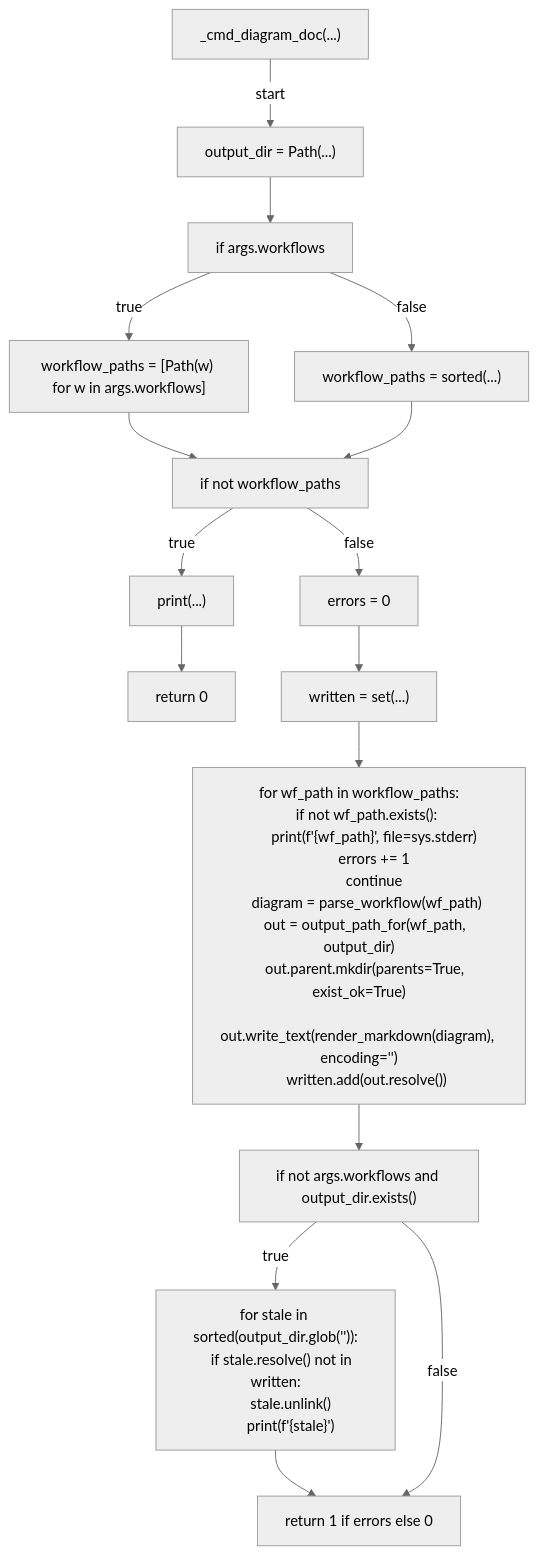
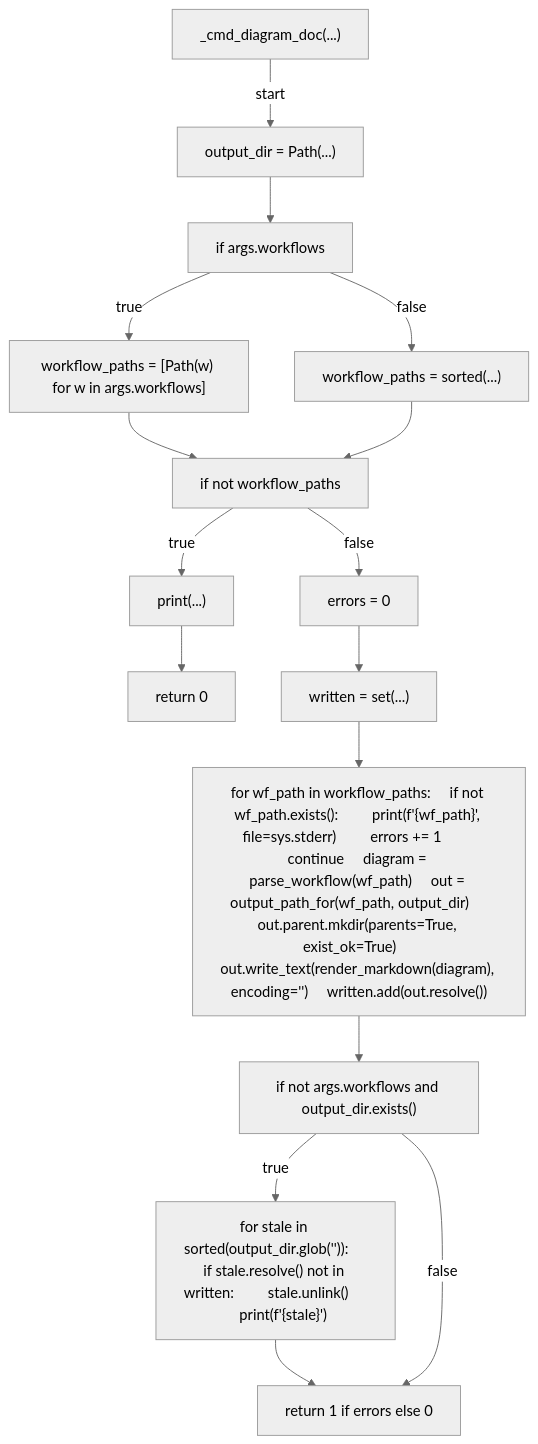
Diagram 11 of 12 in docs/generated/scripts/ast/workflow_diagram.md (tvna/claude-md), drawn with Mermaid (neutral theme) before and after one commit. The commit also changed other lines of this file and 15 other files, not shown here.

First line of the commit message:
docs(generated): regenerate decision tree and workflow diagrams (batch 5/5)

````diff
--- a/docs/generated/scripts/ast/workflow_diagram.md
+++ b/docs/generated/scripts/ast/workflow_diagram.md
@@ -227,44 +170,32 @@
 ```mermaid
 flowchart TD
     N001["_cmd_diagram_doc(...)"]
     N002["output_dir = Path(...)"]
     N003["if args.workflows"]
     N004["workflow_paths = [Path(w) for w in args.workflows]"]
     N005["workflow_paths = sorted(...)"]
     N006["if not workflow_paths"]
     N007["print(...)"]
     N008["return 0"]
     N009["errors = 0"]
     N010["written = set(...)"]
-    N011["for wf_path in workflow_paths:
-    if not wf_path.exists():
-        print(f'<str>{wf_path}', file=sys.stderr)
-        errors += 1
-        continue
-    diagram = parse_workflow(wf_path)
-    out = output_path_for(wf_path, output_dir)
-    out.parent.mkdir(parents=True, exist_ok=True)
-    out.write_text(render_markdown(diagram), encoding='<str>')
-    written.add(out.resolve())"]
+    N011["for wf_path in workflow_paths:     if not wf_path.exists():         print(f'<str>{wf_path}', file=sys.stderr)         errors += 1         continue     diagram = parse_workflow(wf_path)     out = output_path_for(wf_path, output_dir)     out.parent.mkdir(parents=True, exist_ok=True)     out.write_text(render_markdown(diagram), encoding='<str>')     written.add(out.resolve())"]
     N012["if not args.workflows and output_dir.exists()"]
-    N013["for stale in sorted(output_dir.glob('<str>')):
-    if stale.resolve() not in written:
-        stale.unlink()
-        print(f'<str>{stale}')"]
+    N013["for stale in sorted(output_dir.glob('<str>')):     if stale.resolve() not in written:         stale.unlink()         print(f'<str>{stale}')"]
     N014["return 1 if errors else 0"]
     N001 -->|"start"| N002
     N002 --> N003
     N003 -->|"true"| N004
     N003 -->|"false"| N005
     N004 --> N006
     N005 --> N006
     N006 -->|"true"| N007
     N007 --> N008
     N006 -->|"false"| N009
     N009 --> N010
     N010 --> N011
     N011 --> N012
     N012 -->|"true"| N013
     N013 --> N014
     N012 -->|"false"| N014
 ```
````
